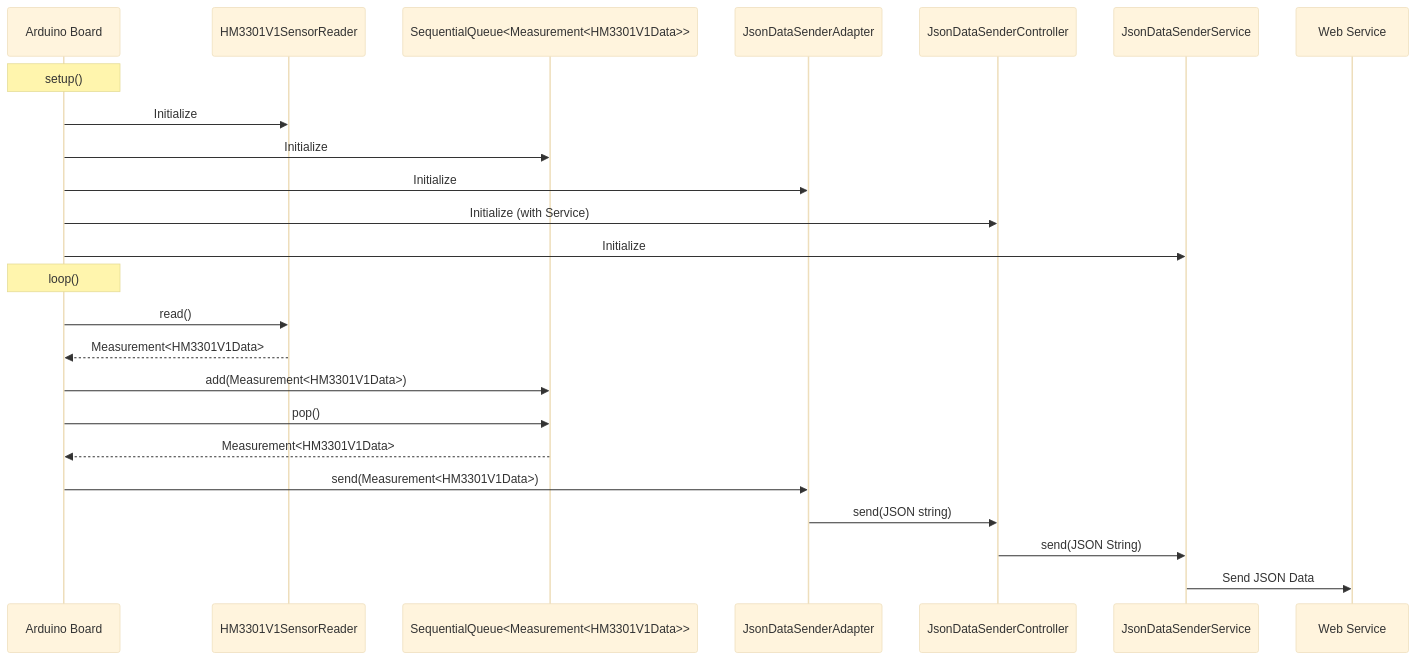
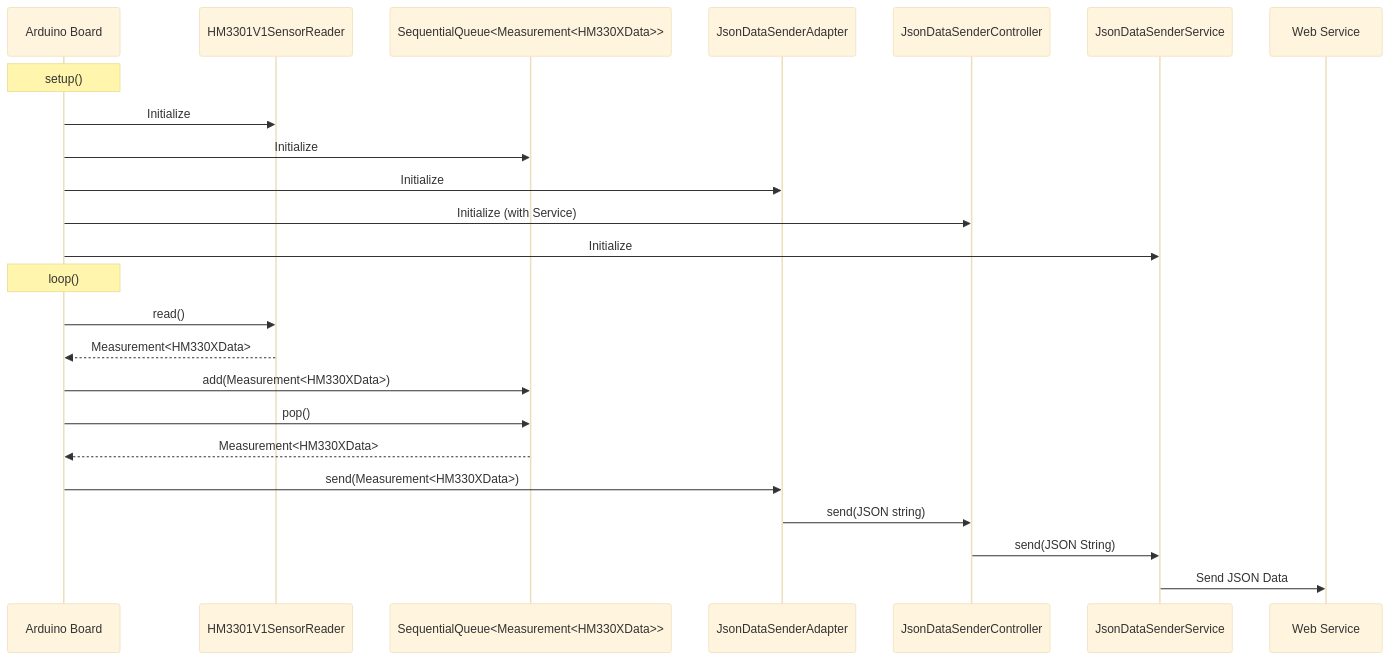
Before and after one commit to 1ucky40nc3/grove_sensor_arduino_nano_esp32: the second of 2 diagrams in README.md, drawn with Mermaid (base theme). The commit also changed other lines of this file and 18 other files, not shown here.

````diff
--- a/README.md
+++ b/README.md
@@ -140,30 +145,30 @@
 ```mermaid
 sequenceDiagram
     participant Arduino as Arduino Board
     participant SensorReader as HM3301V1SensorReader
-    participant Queue as SequentialQueue<Measurement<HM3301V1Data>>
+    participant Queue as SequentialQueue<Measurement<HM330XData>>
     participant Adapter as JsonDataSenderAdapter
     participant Controller as JsonDataSenderController
     participant Service as JsonDataSenderService
     participant WebService as Web Service
 
     Note over Arduino: setup()
 
     Arduino ->> SensorReader: Initialize
     Arduino ->> Queue: Initialize
     Arduino ->> Adapter: Initialize
     Arduino ->> Controller: Initialize (with Service)
     Arduino ->> Service: Initialize
 
     Note over Arduino: loop()
 
     Arduino ->> SensorReader: read()
-    SensorReader -->> Arduino: Measurement<HM3301V1Data>
-    Arduino ->> Queue: add(Measurement<HM3301V1Data>)
+    SensorReader -->> Arduino: Measurement<HM330XData>
+    Arduino ->> Queue: add(Measurement<HM330XData>)
     Arduino ->> Queue: pop()
-    Queue -->> Arduino: Measurement<HM3301V1Data>
-    Arduino ->> Adapter: send(Measurement<HM3301V1Data>)
+    Queue -->> Arduino: Measurement<HM330XData>
+    Arduino ->> Adapter: send(Measurement<HM330XData>)
     Adapter ->> Controller: send(JSON string)
     Controller ->> Service: send(JSON String)
     Service ->> WebService: Send JSON Data
 ```
````
